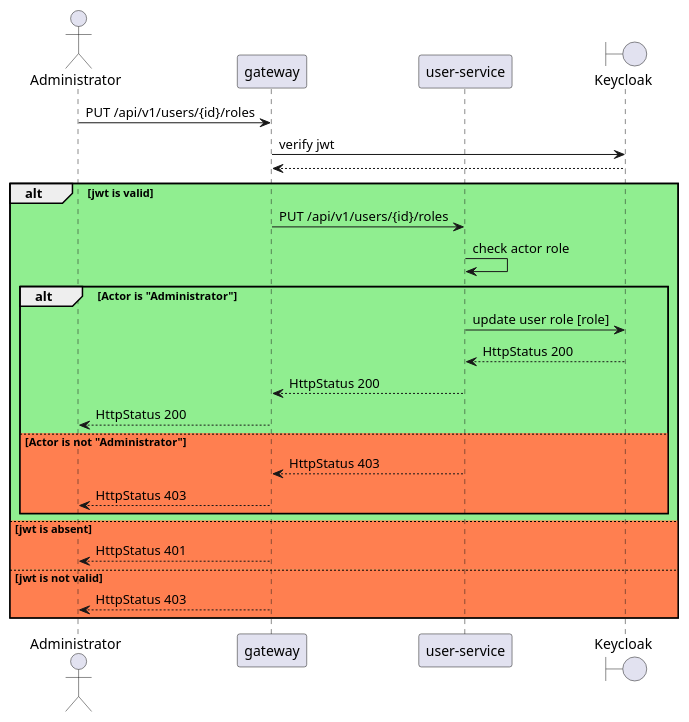
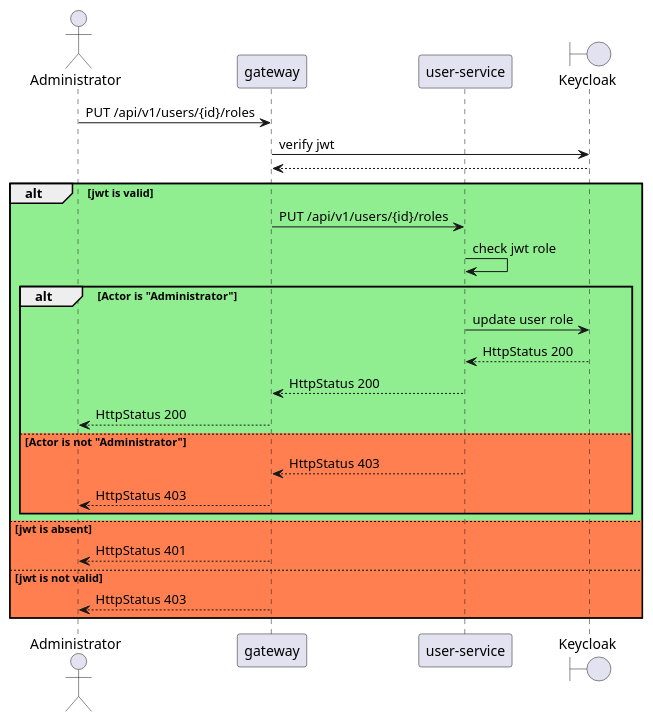
Before and after one commit to dalayLama/otus-microservice-2024-08: the diagram in hw-01/use-cases/add-administartion-role/add-administration-role.puml, drawn with PlantUML. The commit also changed 19 other files, not shown here.

```diff
--- a/hw-01/use-cases/add-administartion-role/add-administration-role.puml
+++ b/hw-01/use-cases/add-administartion-role/add-administration-role.puml
@@ -1,29 +1,29 @@
 @startuml
 
 actor "Administrator" as admin
 participant "gateway" as gw
 participant "user-service" as us
 boundary "Keycloak" as kk
 
 admin -> gw: PUT /api/v1/users/{id}/roles
 gw -> kk: verify jwt
 kk --> gw
 alt #lightgreen jwt is valid
     gw -> us: PUT /api/v1/users/{id}/roles
-    us -> us: check actor role
+    us -> us: check jwt role
     alt #lightgreen Actor is "Administrator"
-        us -> kk: update user role [role]
+        us -> kk: update user role
         kk --> us: HttpStatus 200
         us --> gw: HttpStatus 200
         gw --> admin: HttpStatus 200
     else #coral Actor is not "Administrator"
         us --> gw: HttpStatus 403
         gw --> admin: HttpStatus 403
     end
 else #coral jwt is absent
     gw --> admin: HttpStatus 401
 else #coral jwt is not valid
     gw --> admin: HttpStatus 403
 end
 
 @enduml
```
